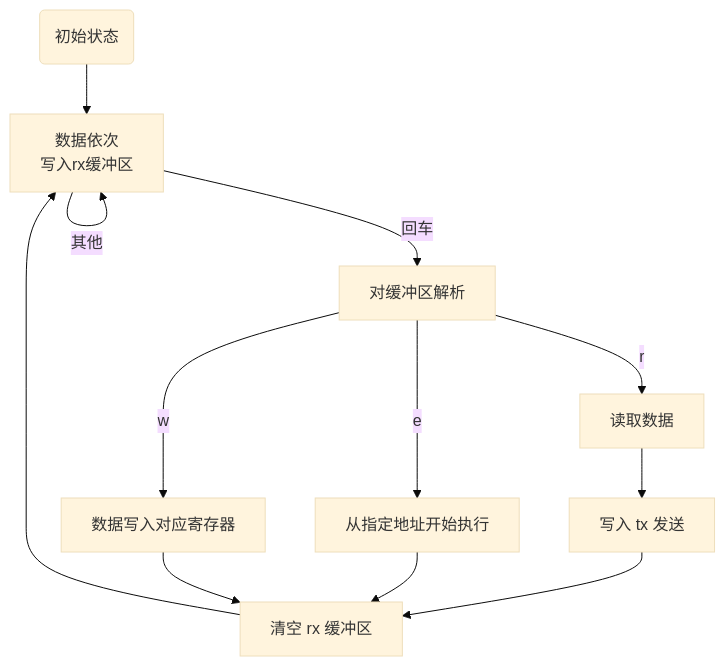
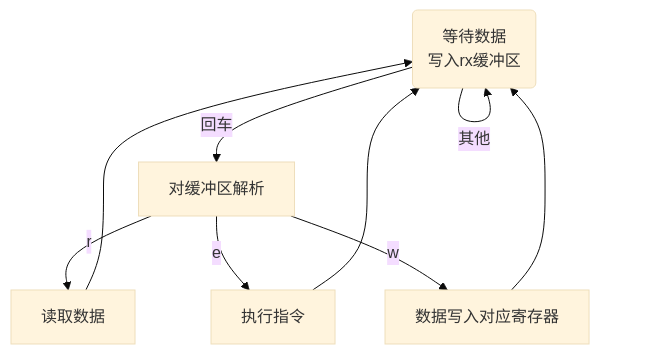
Before and after one commit to liuly0322/USTC-CS-COURSE-HW: the first of 2 diagrams in 数字电路实验/labS/labS.md, drawn with Mermaid (base theme). The commit also changed other lines of this file and 17 other files, not shown here.

````diff
--- a/数字电路实验/labS/labS.md
+++ b/数字电路实验/labS/labS.md
@@ -106,12 +235,8 @@
 ```mermaid
 graph TD
-start(初始状态)-->s0[数据依次<br>写入rx缓冲区]--回车-->parse[对缓冲区解析]
+s0(等待数据<br>写入rx缓冲区)--回车-->parse[对缓冲区解析]
+parse--r-->s2[读取数据]-->s0
+parse--e-->s3[执行指令]-->s0
+parse--w-->s1[数据写入对应寄存器]-->s0
 s0--其他-->s0
-parse--r-->s2[读取数据]
-parse--e-->s3[从指定地址开始执行]
-parse--w-->s1[数据写入对应寄存器]
-s2-->send[写入 tx 发送]-->clear
-s3-->clear
-s1-->clear
-clear[清空 rx 缓冲区]-->s0
 ```
````
